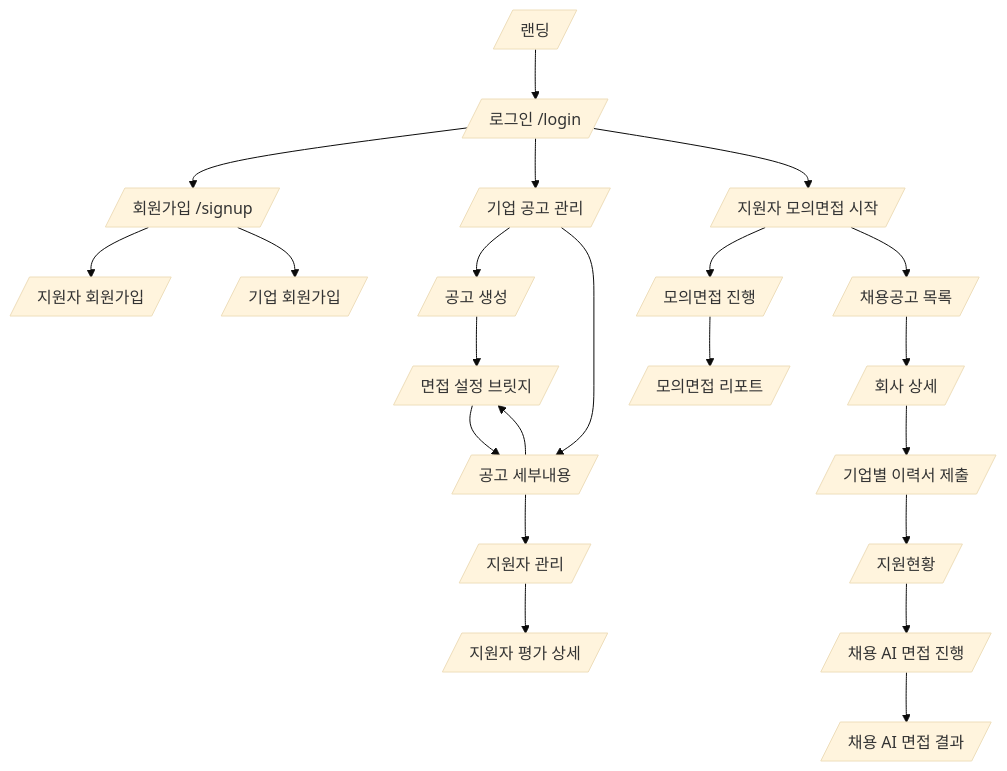
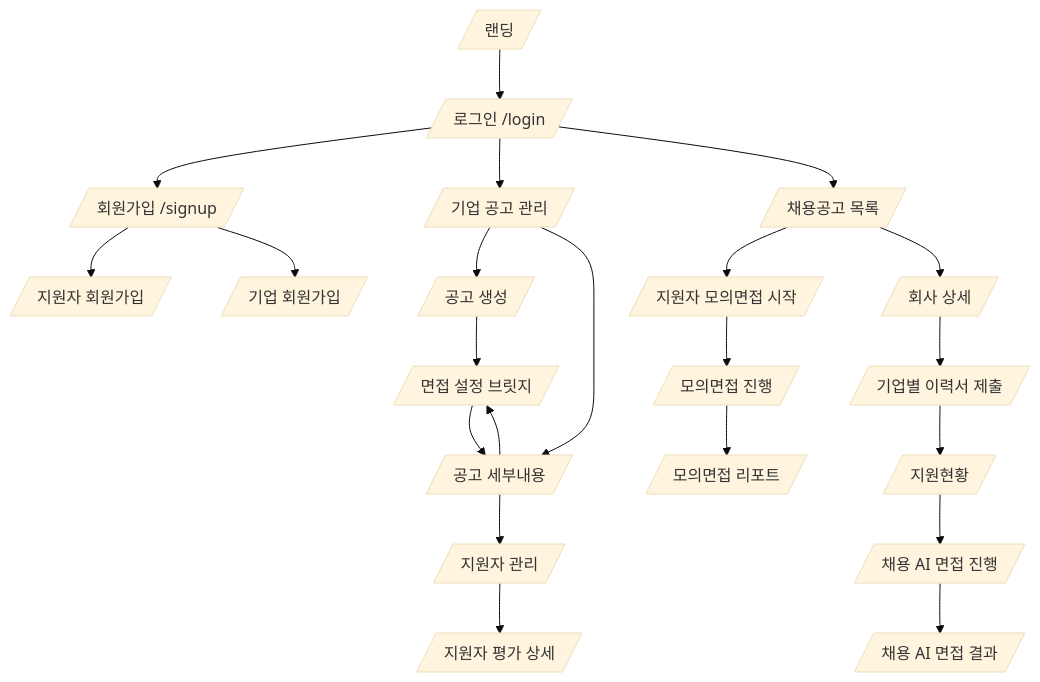
One commit to IMGyuGo/init changed the diagram in docs/01_product/screen-flow.md. Above: the diagram before and after it, drawn with Mermaid (base theme). The commit also changed 7 other files, not shown here.

Commit message:
feat(candidate): 지원자 채용공고 진입과 UI 정합성 개선

````diff
--- a/docs/01_product/screen-flow.md
+++ b/docs/01_product/screen-flow.md
@@ -24,24 +24,24 @@
 ```mermaid
 flowchart TD
   Landing[/랜딩 /] --> Login[/로그인 /login/]
   Login --> Signup[/회원가입 /signup/]
   Signup --> CandidateSignup[/지원자 회원가입/]
   Signup --> CompanySignup[/기업 회원가입/]
   Login --> CompanyDashboard[/기업 공고 관리/]
   CompanyDashboard --> RecruitmentCreate[/공고 생성/]
   RecruitmentCreate --> InterviewBridge[/면접 설정 브릿지/]
   InterviewBridge --> RecruitmentDetail
   CompanyDashboard --> RecruitmentDetail[/공고 세부내용/]
   RecruitmentDetail --> InterviewBridge
   RecruitmentDetail --> Applicants[/지원자 관리/]
   Applicants --> Evaluation[/지원자 평가 상세/]
-  Login --> MockStart[/지원자 모의면접 시작/]
+  Login --> Jobs[/채용공고 목록/]
+  Jobs --> MockStart[/지원자 모의면접 시작/]
   MockStart --> MockInterview[/모의면접 진행/]
   MockInterview --> MockReport[/모의면접 리포트/]
-  MockStart --> Jobs[/채용공고 목록/]
   Jobs --> JobDetail[/회사 상세/]
   JobDetail --> Apply[/기업별 이력서 제출/]
   Apply --> Applications[/지원현황/]
   Applications --> RecruitingInterview[/채용 AI 면접 진행/]
   RecruitingInterview --> RecruitingReport[/채용 AI 면접 결과/]
 ```
````
